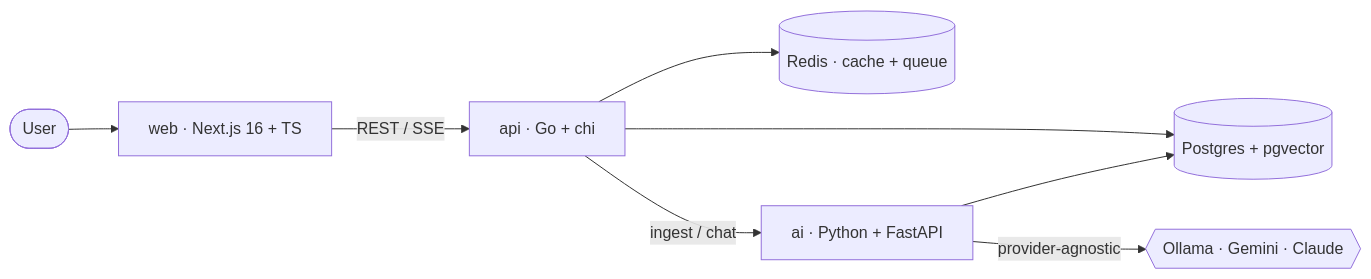
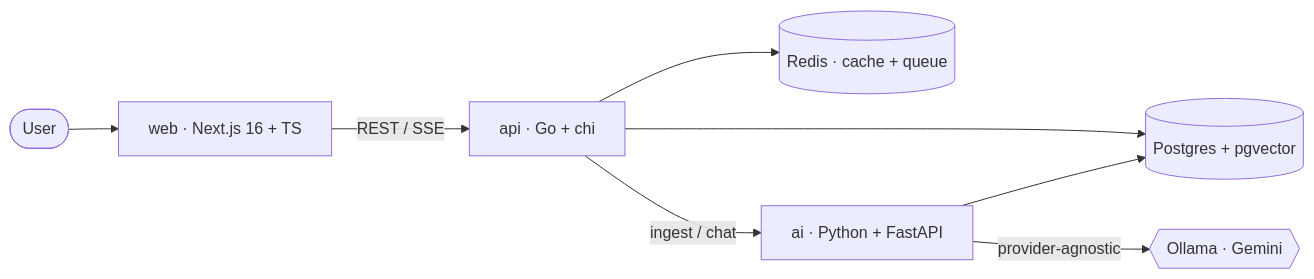
One commit to thefcan/ragdesk changed the diagram in README.md. Above: the diagram before and after it, drawn with Mermaid. The commit also changed other lines of this file and 7 other files, not shown here.

First line of the commit message:
feat(ai): Google Gemini provider for free hosted chat and embeddings

````diff
--- a/README.md
+++ b/README.md
@@ -56,10 +56,10 @@
 ```mermaid
 flowchart LR
     User([User]) --> Web[web · Next.js 16 + TS]
     Web -->|REST / SSE| API[api · Go + chi]
     API --> PG[(Postgres + pgvector)]
     API --> Redis[(Redis · cache + queue)]
     API -->|ingest / chat| AI[ai · Python + FastAPI]
     AI --> PG
-    AI -->|provider-agnostic| LLM{{Ollama · Gemini · Claude}}
+    AI -->|provider-agnostic| LLM{{Ollama · Gemini}}
 ```
````
